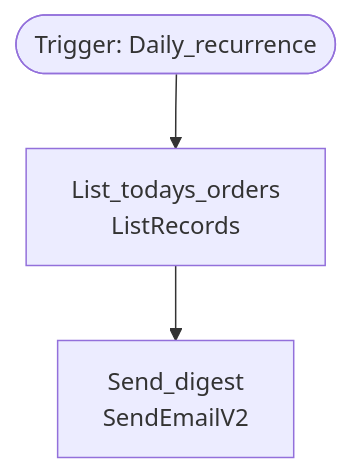
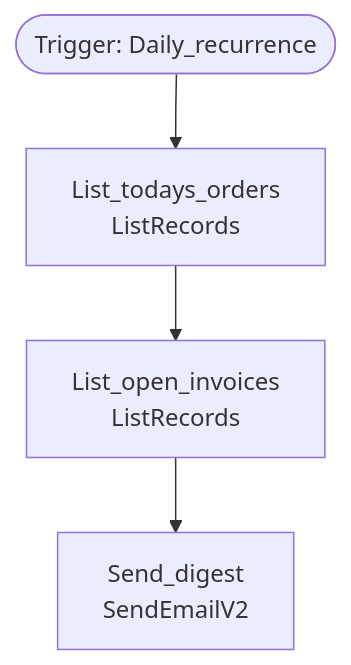
The diagram in .claude/skills/pp-kb-builder/tests/golden/kb/flows/daily-order-digest.md (15766115982/pp-skills), drawn with Mermaid before and after one commit. The commit also changed other lines of this file and 11 other files, not shown here.

First line of the commit message:
Phase 4: cross-reference graph + agent entry points (build_crossrefs, build_index)

````diff
--- a/.claude/skills/pp-kb-builder/tests/golden/kb/flows/daily-order-digest.md
+++ b/.claude/skills/pp-kb-builder/tests/golden/kb/flows/daily-order-digest.md
@@ -24,8 +25,10 @@
 ```mermaid
 flowchart TD
     TRIG(["Trigger: Daily_recurrence"])
     List_todays_orders["List_todays_orders<br/>ListRecords"]
     Send_digest["Send_digest<br/>SendEmailV2"]
+    List_open_invoices["List_open_invoices<br/>ListRecords"]
     TRIG --> List_todays_orders
-    List_todays_orders --> Send_digest
+    List_open_invoices --> Send_digest
+    List_todays_orders --> List_open_invoices
 ```
````
